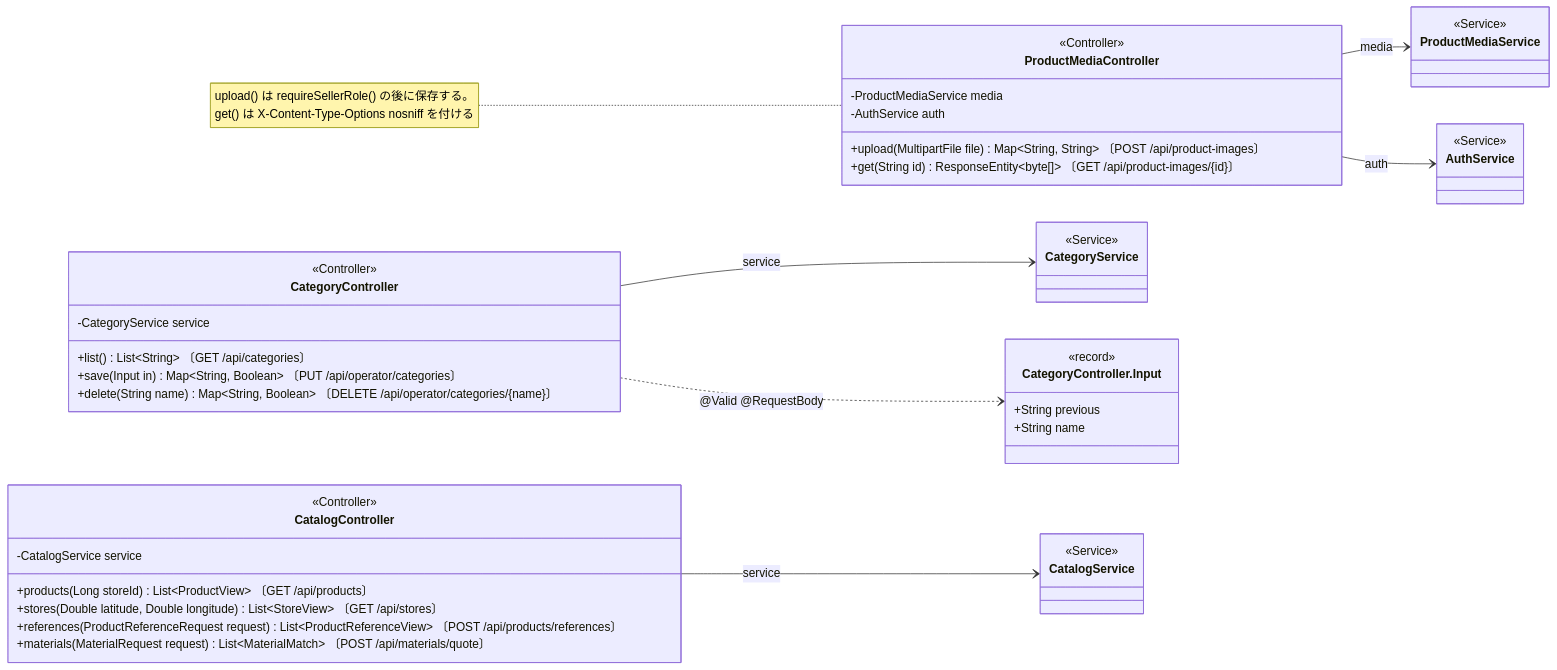
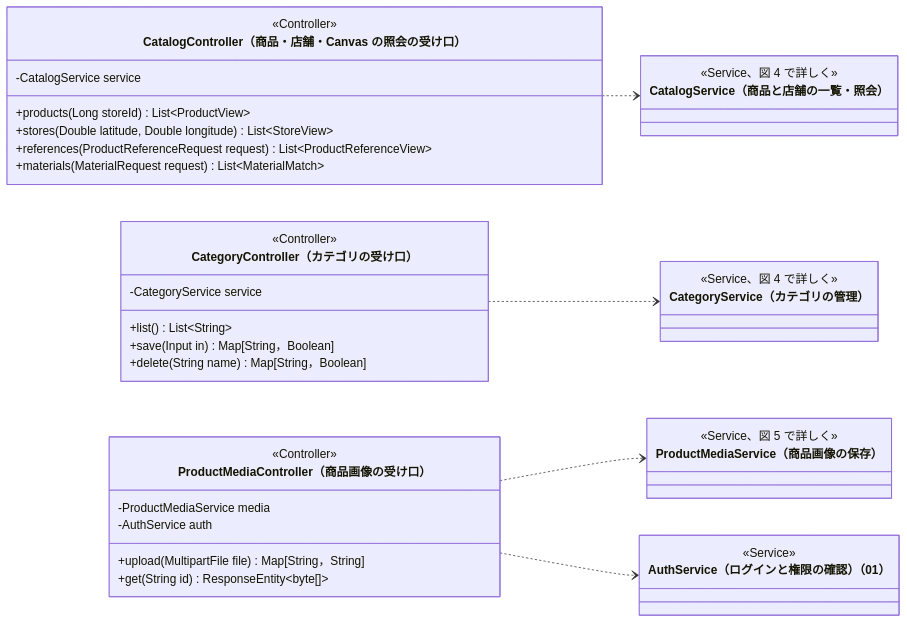
One commit to abeouga/kusakari-document changed the eighth of 14 diagrams in クラス図/kusakari-ec/03_商品カタログ.md. Above: the diagram before and after it, drawn with Mermaid. The commit also changed other lines of this file and 87 other files, not shown here.

Commit message:
EC のクラス図に全体図を足し、詳細図をデータとモジュールの図に分けて書き直す

````diff
--- a/クラス図/kusakari-ec/03_商品カタログ.md
+++ b/クラス図/kusakari-ec/03_商品カタログ.md
@@ -690,48 +757,43 @@
 ```mermaid
 classDiagram
-  direction LR
-  class CatalogController
-  <<Controller>> CatalogController
-  CatalogController : -CatalogService service
-  CatalogController : +products(Long storeId) List~ProductView~ 〔GET /api/products〕
-  CatalogController : +stores(Double latitude, Double longitude) List~StoreView~ 〔GET /api/stores〕
-  CatalogController : +references(ProductReferenceRequest request) List~ProductReferenceView~ 〔POST /api/products/references〕
-  CatalogController : +materials(MaterialRequest request) List~MaterialMatch~ 〔POST /api/materials/quote〕
-  class CategoryController
-  <<Controller>> CategoryController
-  CategoryController : -CategoryService service
-  CategoryController : +list() List~String~ 〔GET /api/categories〕
-  CategoryController : +save(Input in) Map~String, Boolean~ 〔PUT /api/operator/categories〕
-  CategoryController : +delete(String name) Map~String, Boolean~ 〔DELETE /api/operator/categories/{name}〕
-  class CategoryInput["CategoryController.Input"] {
-    <<record>>
-    +String previous
-    +String name
-  }
-  class ProductMediaController
-  <<Controller>> ProductMediaController
-  ProductMediaController : -ProductMediaService media
-  ProductMediaController : -AuthService auth
-  ProductMediaController : +upload(MultipartFile file) Map~String, String~ 〔POST /api/product-images〕
-  ProductMediaController : +get(String id) ResponseEntity~byte[]~ 〔GET /api/product-images/{id}〕
-  class CatalogService {
-    <<Service>>
-  }
-  class CategoryService {
-    <<Service>>
-  }
-  class ProductMediaService {
-    <<Service>>
-  }
-  class AuthService {
-    <<Service>>
-  }
+    direction LR
+    class CatalogController["CatalogController（商品・店舗・Canvas の照会の受け口）"] {
+        <<Controller>>
+        -CatalogService service
+        +products(Long storeId) List~ProductView~
+        +stores(Double latitude, Double longitude) List~StoreView~
+        +references(ProductReferenceRequest request) List~ProductReferenceView~
+        +materials(MaterialRequest request) List~MaterialMatch~
+    }
+    class CategoryController["CategoryController（カテゴリの受け口）"] {
+        <<Controller>>
+        -CategoryService service
+        +list() List~String~
+        +save(Input in) Map[String，Boolean]
+        +delete(String name) Map[String，Boolean]
+    }
+    class ProductMediaController["ProductMediaController（商品画像の受け口）"] {
+        <<Controller>>
+        -ProductMediaService media
+        -AuthService auth
+        +upload(MultipartFile file) Map[String，String]
+        +get(String id) ResponseEntity~byte[]~
+    }
+    class CatalogService["CatalogService（商品と店舗の一覧・照会）"] {
+        <<Service、図 4 で詳しく>>
+    }
+    class CategoryService["CategoryService（カテゴリの管理）"] {
+        <<Service、図 4 で詳しく>>
+    }
+    class ProductMediaService["ProductMediaService（商品画像の保存）"] {
+        <<Service、図 5 で詳しく>>
+    }
+    class AuthService["AuthService（ログインと権限の確認）（01）"] {
+        <<Service>>
+    }
 
-  CatalogController --> CatalogService : service
-  CategoryController --> CategoryService : service
-  CategoryController ..> CategoryInput : @Valid @RequestBody
-  ProductMediaController --> ProductMediaService : media
-  ProductMediaController --> AuthService : auth
-
-  note for ProductMediaController "upload() は requireSellerRole() の後に保存する。<br/>get() は X-Content-Type-Options nosniff を付ける"
+    CatalogController ..> CatalogService
+    CategoryController ..> CategoryService
+    ProductMediaController ..> ProductMediaService
+    ProductMediaController ..> AuthService
 ```
````
